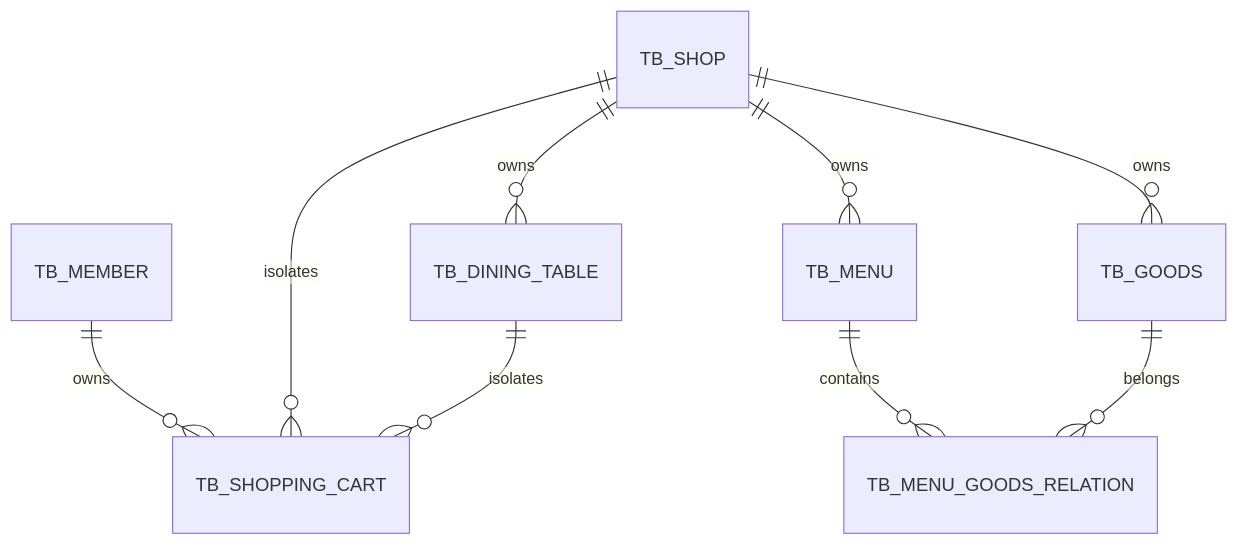
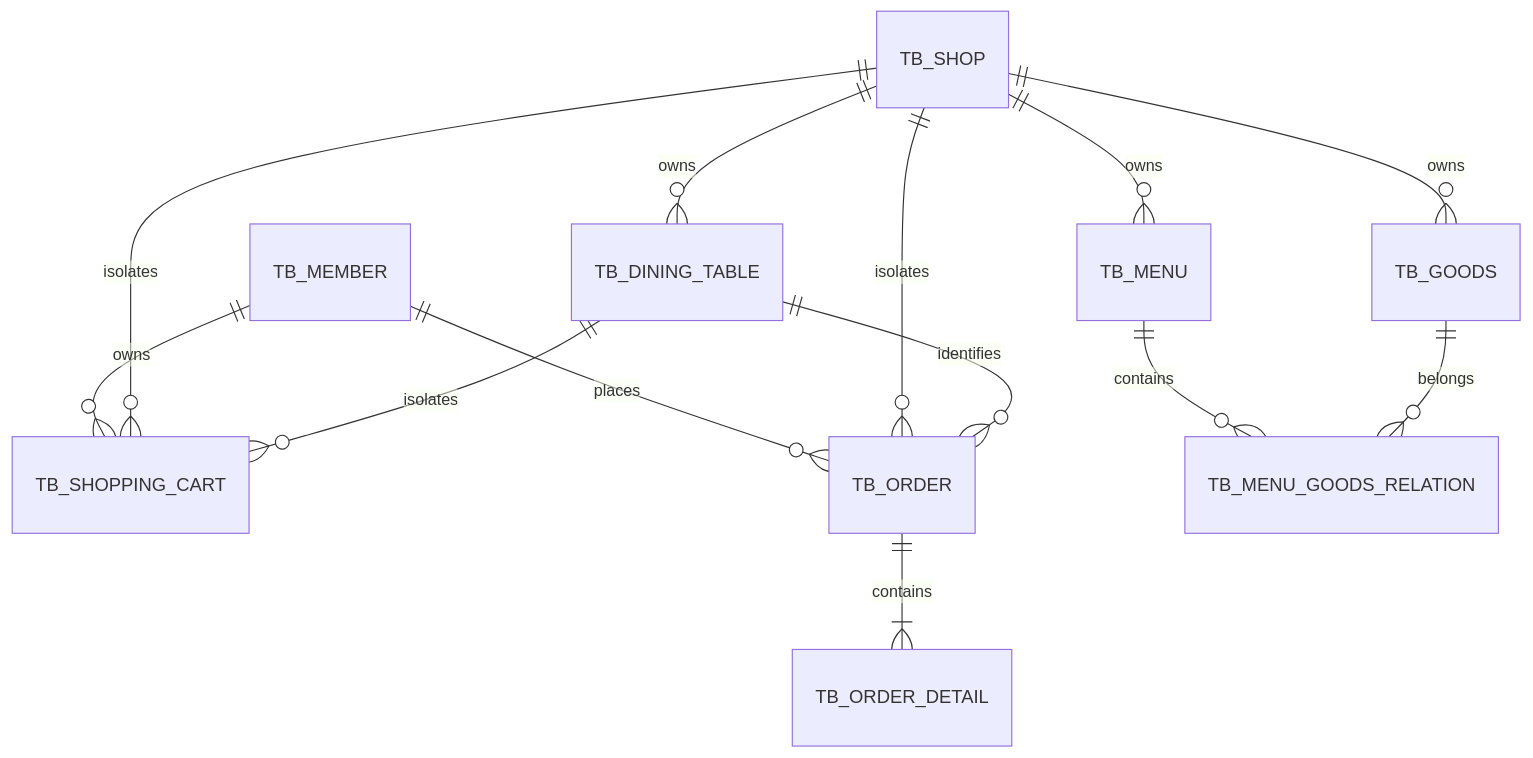
Before and after one commit to mhmt0834/siam-server: the diagram in docs/数据库设计.md, drawn with Mermaid. The commit also changed other lines of this file and 18 other files, not shown here.

Commit message:
feat: complete Phase 2.1 dine-in order flow

````diff
--- a/docs/数据库设计.md
+++ b/docs/数据库设计.md
@@ -5,11 +5,15 @@
 ```mermaid
 erDiagram
     TB_SHOP ||--o{ TB_DINING_TABLE : owns
     TB_SHOP ||--o{ TB_MENU : owns
     TB_SHOP ||--o{ TB_GOODS : owns
     TB_MEMBER ||--o{ TB_SHOPPING_CART : owns
     TB_SHOP ||--o{ TB_SHOPPING_CART : isolates
     TB_DINING_TABLE ||--o{ TB_SHOPPING_CART : isolates
+    TB_MEMBER ||--o{ TB_ORDER : places
+    TB_SHOP ||--o{ TB_ORDER : isolates
+    TB_DINING_TABLE ||--o{ TB_ORDER : identifies
+    TB_ORDER ||--|{ TB_ORDER_DETAIL : contains
     TB_MENU ||--o{ TB_MENU_GOODS_RELATION : contains
     TB_GOODS ||--o{ TB_MENU_GOODS_RELATION : belongs
 ```
````
